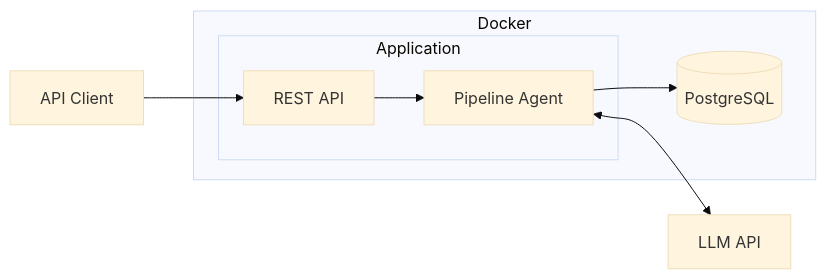
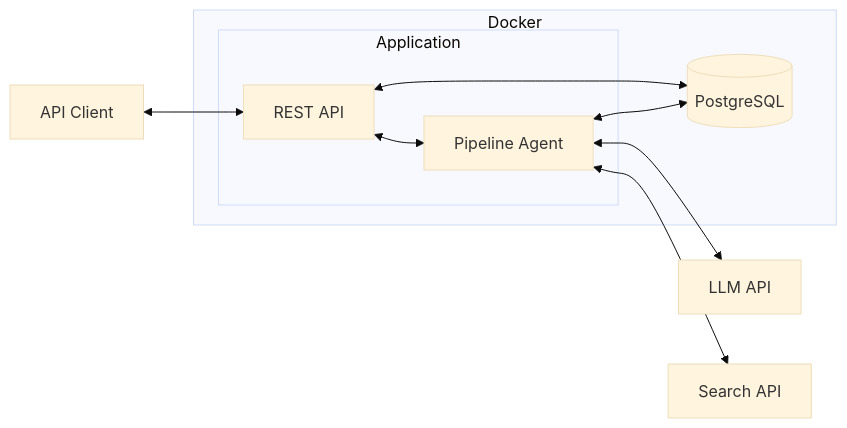
The first of 2 diagrams in README.md (jonkmatsumo/resume-customizer), drawn with Mermaid (base theme) before and after one commit. The commit also changed other lines of this file and 11 other files, not shown here.

````diff
--- a/README.md
+++ b/README.md
@@ -21,15 +21,17 @@
 ```mermaid
 flowchart LR
     subgraph Docker
         DB[(PostgreSQL)]
         subgraph Application
             API[REST API]
             AGENT[Pipeline Agent]
         end
     end
     
-    USER[API Client] --> API
-    API --> AGENT
+    USER[API Client] <--> API
+    API <--> AGENT
+    API <--> DB
     AGENT <--> LLM[LLM API]
-    AGENT --> DB
+    AGENT <--> SEARCH[Search API]
+    AGENT <--> DB
 ```
````
